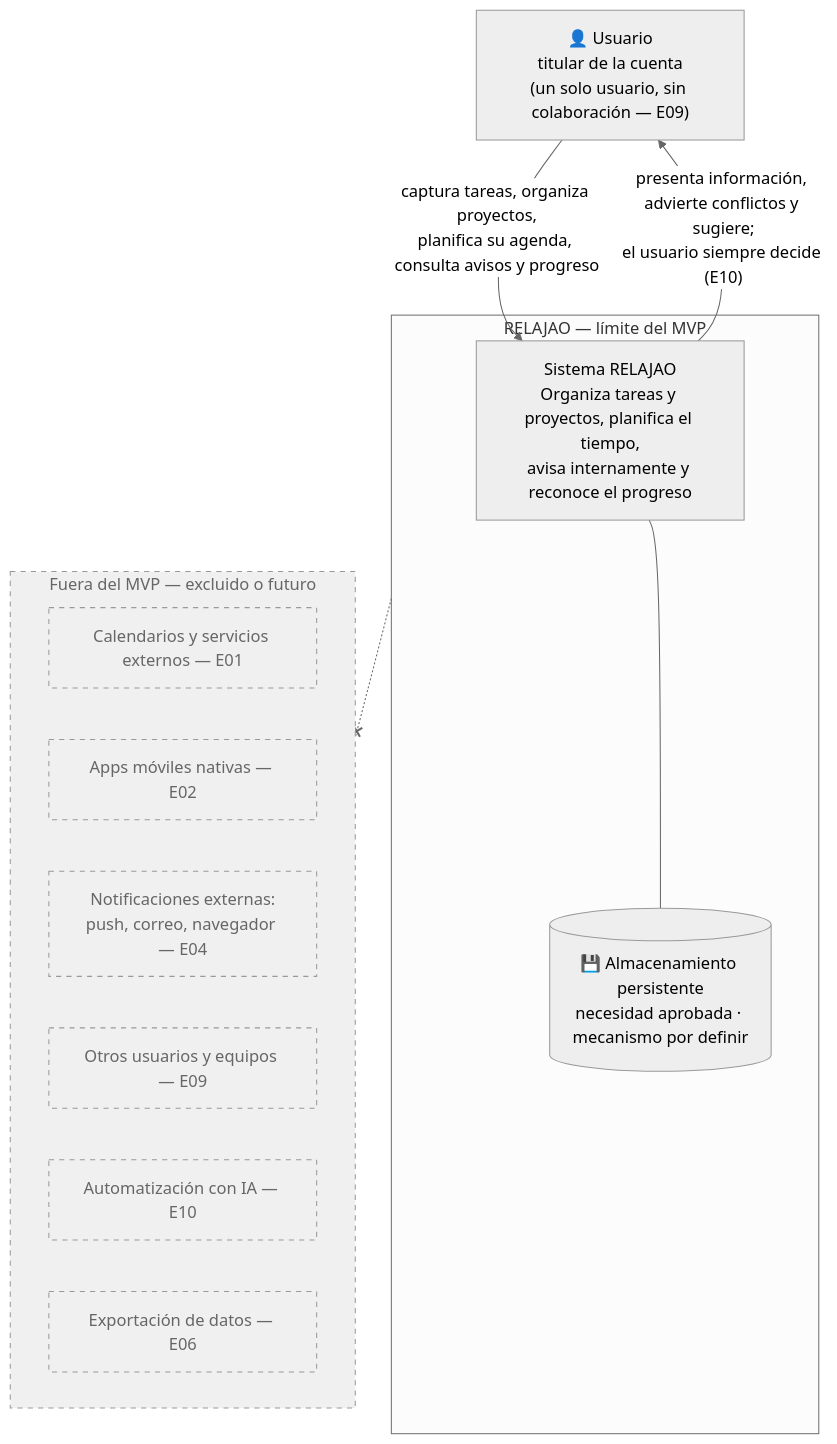
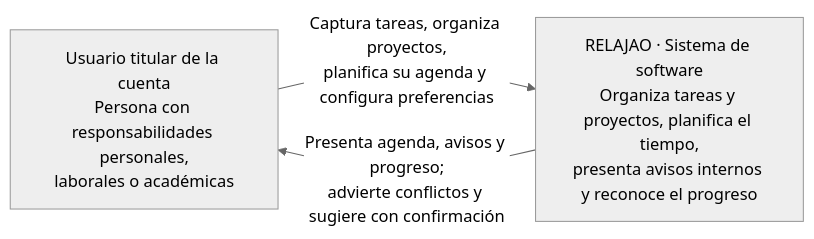
One commit to maefitocr/relajao changed the first of 2 diagrams in docs/05-arquitectura/architecture-context.md. Above: the diagram before and after it, drawn with Mermaid (neutral theme). The commit also changed other lines of this file and 9 other files, not shown here.

````diff
--- a/docs/05-arquitectura/architecture-context.md
+++ b/docs/05-arquitectura/architecture-context.md
@@ -25,27 +25,7 @@
 ```mermaid
-graph TB
-    U["👤 Usuario<br/>titular de la cuenta<br/>(un solo usuario, sin colaboración — E09)"]
-
-    subgraph MVP["RELAJAO — límite del MVP"]
-        SYS["Sistema RELAJAO<br/>Organiza tareas y proyectos, planifica el tiempo,<br/>avisa internamente y reconoce el progreso"]
-        ALM[("💾 Almacenamiento persistente<br/>necesidad aprobada · mecanismo por definir")]
-        SYS --- ALM
-    end
-
-    U -->|"captura tareas, organiza proyectos,<br/>planifica su agenda, consulta avisos y progreso"| SYS
-    SYS -->|"presenta información, advierte conflictos y sugiere;<br/>el usuario siempre decide (E10)"| U
-
-    subgraph FUERA["Fuera del MVP — excluido o futuro"]
-        E1["Calendarios y servicios externos — E01"]
-        E2["Apps móviles nativas — E02"]
-        E4["Notificaciones externas:<br/>push, correo, navegador — E04"]
-        E9["Otros usuarios y equipos — E09"]
-        E10["Automatización con IA — E10"]
-        E6["Exportación de datos — E06"]
-    end
-
-    MVP -.-x FUERA
-
-    classDef excluido fill:#f0f0f0,stroke:#999,stroke-dasharray: 5 5,color:#666
-    class E1,E2,E4,E9,E10,E6,FUERA excluido
+flowchart LR
+    U["Usuario titular de la cuenta<br/>Persona con responsabilidades personales,<br/>laborales o académicas"]
+    SYS["RELAJAO · Sistema de software<br/>Organiza tareas y proyectos, planifica el tiempo,<br/>presenta avisos internos y reconoce el progreso"]
+    U -->|"Captura tareas, organiza proyectos,<br/>planifica su agenda y configura preferencias"| SYS
+    SYS -->|"Presenta agenda, avisos y progreso;<br/>advierte conflictos y sugiere con confirmación"| U
 ```
````
